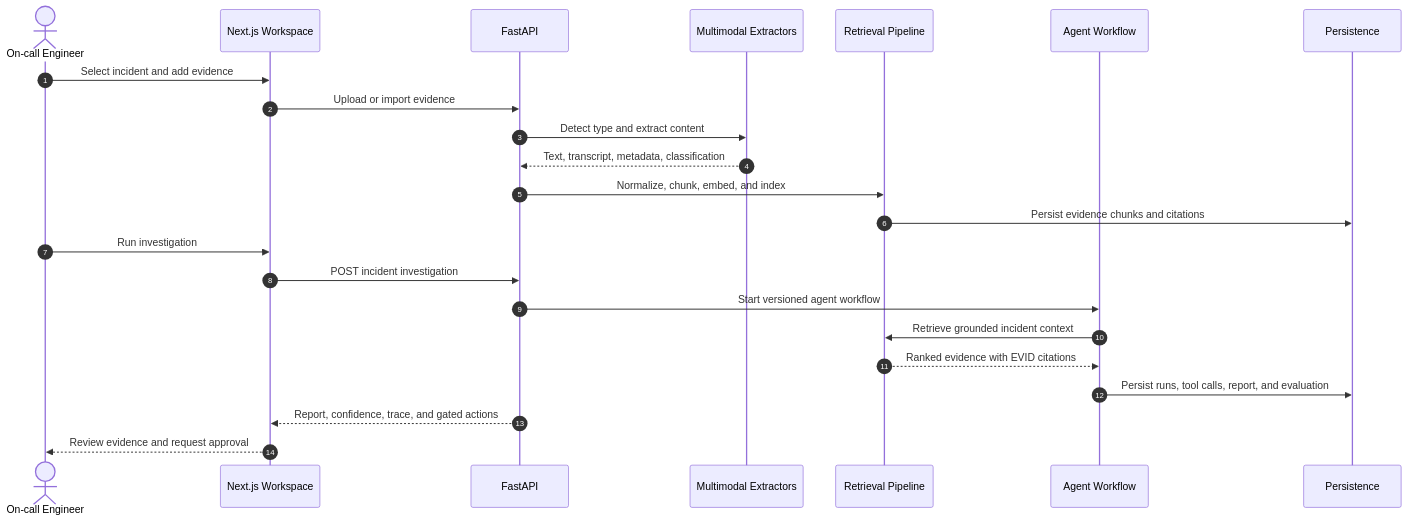
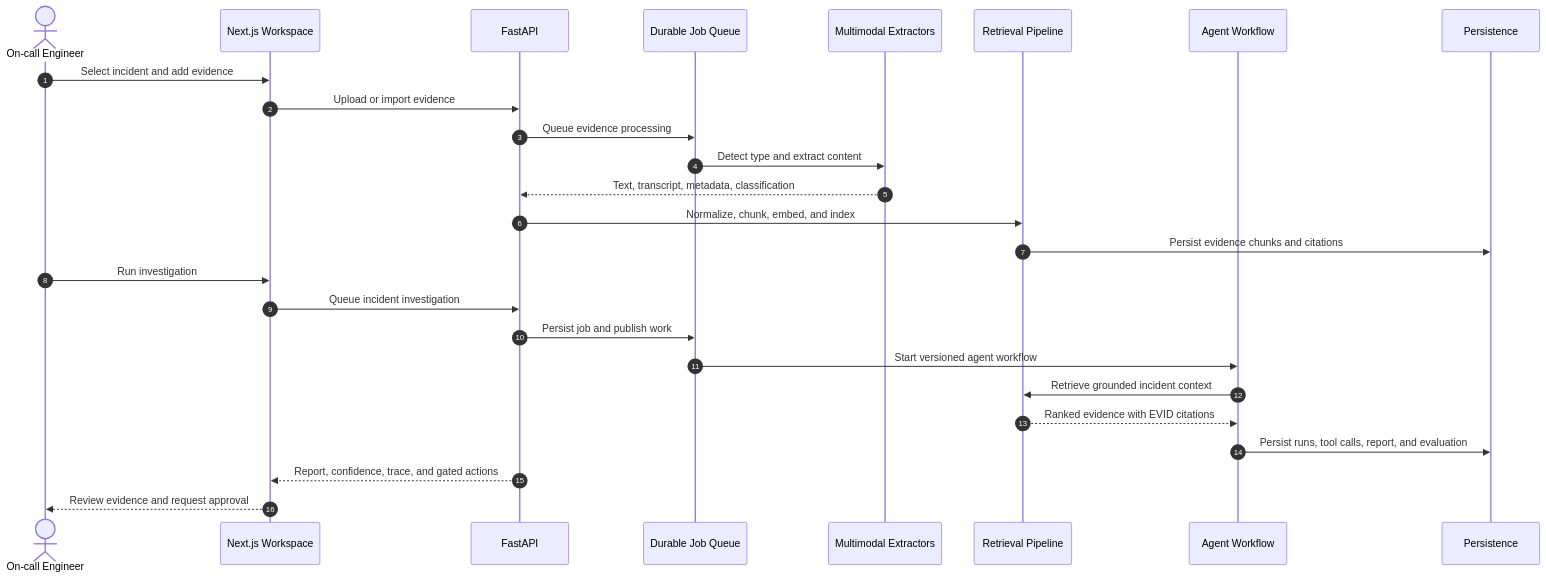
Before and after one commit to InsaneCoder789/IncidentLens: the second of 4 diagrams in README.md, drawn with Mermaid. The commit also changed other lines of this file, not shown here.

````diff
--- a/README.md
+++ b/README.md
@@ -87,26 +97,29 @@
 ```mermaid
 sequenceDiagram
     autonumber
     actor SRE as On-call Engineer
     participant UI as Next.js Workspace
     participant API as FastAPI
+    participant Q as Durable Job Queue
     participant EX as Multimodal Extractors
     participant RAG as Retrieval Pipeline
     participant AG as Agent Workflow
     participant DB as Persistence
 
     SRE->>UI: Select incident and add evidence
     UI->>API: Upload or import evidence
-    API->>EX: Detect type and extract content
+    API->>Q: Queue evidence processing
+    Q->>EX: Detect type and extract content
     EX-->>API: Text, transcript, metadata, classification
     API->>RAG: Normalize, chunk, embed, and index
     RAG->>DB: Persist evidence chunks and citations
     SRE->>UI: Run investigation
-    UI->>API: POST incident investigation
-    API->>AG: Start versioned agent workflow
+    UI->>API: Queue incident investigation
+    API->>Q: Persist job and publish work
+    Q->>AG: Start versioned agent workflow
     AG->>RAG: Retrieve grounded incident context
     RAG-->>AG: Ranked evidence with EVID citations
     AG->>DB: Persist runs, tool calls, report, and evaluation
     API-->>UI: Report, confidence, trace, and gated actions
     UI-->>SRE: Review evidence and request approval
 ```
````
